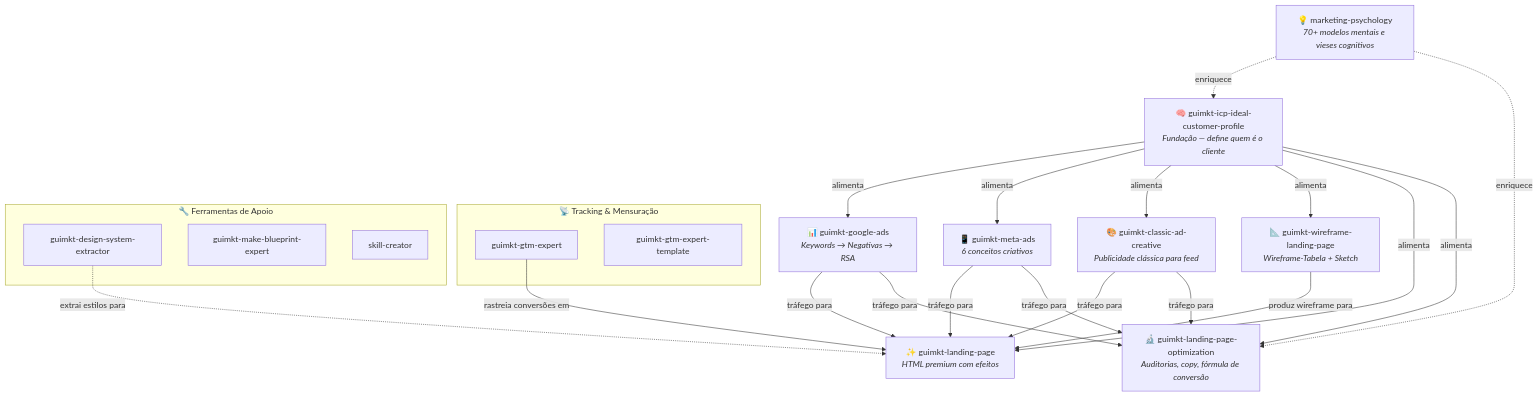
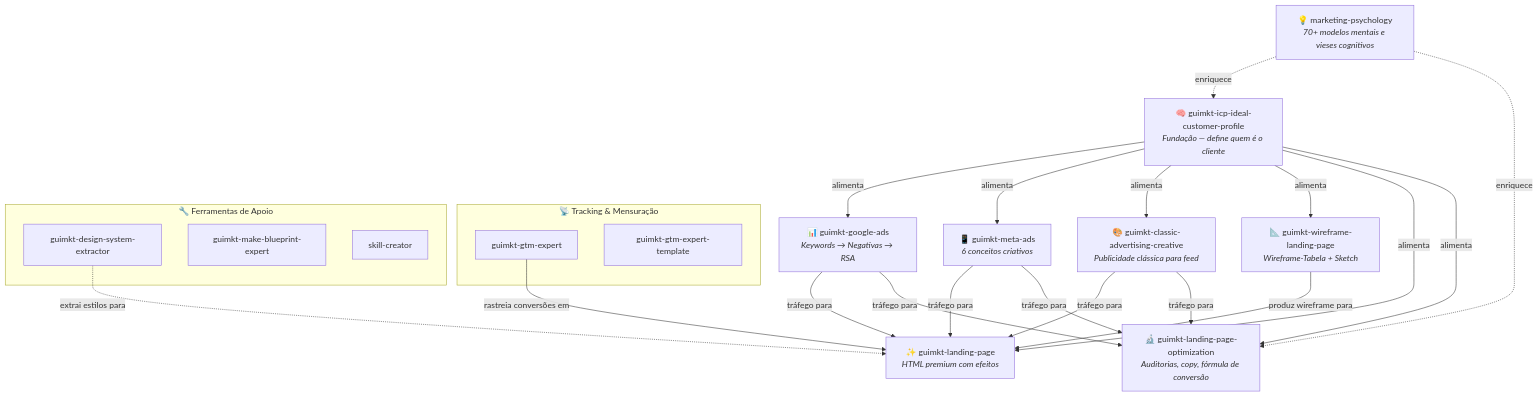
Before and after one commit to guilhermemarketing/esc-skills: the third of 4 diagrams in README.md, drawn with Mermaid. The commit also changed other lines of this file and 10 other files, not shown here.

````diff
--- a/README.md
+++ b/README.md
@@ -493,32 +491,32 @@
 ```mermaid
 graph TD
     ICP["🧠 guimkt-icp-ideal-customer-profile<br/><i>Fundação — define quem é o cliente</i>"]
     PSY["💡 marketing-psychology<br/><i>70+ modelos mentais e vieses cognitivos</i>"]
 
     ICP -->|alimenta| GA["📊 guimkt-google-ads<br/><i>Keywords → Negativas → RSA</i>"]
     ICP -->|alimenta| MA["📱 guimkt-meta-ads<br/><i>6 conceitos criativos</i>"]
-    ICP -->|alimenta| CAC["🎨 guimkt-classic-ad-creative<br/><i>Publicidade clássica para feed</i>"]
+    ICP -->|alimenta| CAC["🎨 guimkt-classic-advertising-creative<br/><i>Publicidade clássica para feed</i>"]
     ICP -->|alimenta| WF["📐 guimkt-wireframe-landing-page<br/><i>Wireframe-Tabela + Sketch</i>"]
     ICP -->|alimenta| LP["✨ guimkt-landing-page<br/><i>HTML premium com efeitos</i>"]
     ICP -->|alimenta| LPO["🔬 guimkt-landing-page-optimization<br/><i>Auditorias, copy, fórmula de conversão</i>"]
 
     PSY -.->|enriquece| ICP
     PSY -.->|enriquece| LPO
 
     WF -->|produz wireframe para| LP
 
     subgraph Tracking["📡 Tracking & Mensuração"]
         GTM["guimkt-gtm-expert"]
         GTMT["guimkt-gtm-expert-template"]
     end
 
     subgraph Tools["🔧 Ferramentas de Apoio"]
         DSE["guimkt-design-system-extractor"]
         MBE["guimkt-make-blueprint-expert"]
         SC["skill-creator"]
     end
 
     GA & MA & CAC -->|tráfego para| LP & LPO
     GTM -->|rastreia conversões em| LP
     DSE -.->|extrai estilos para| LP
 ```
````
